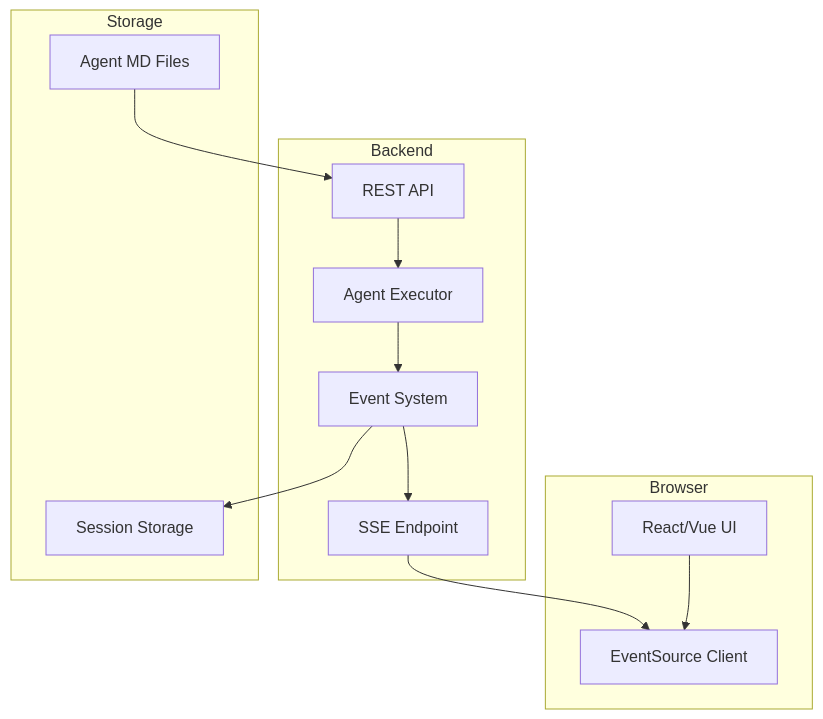
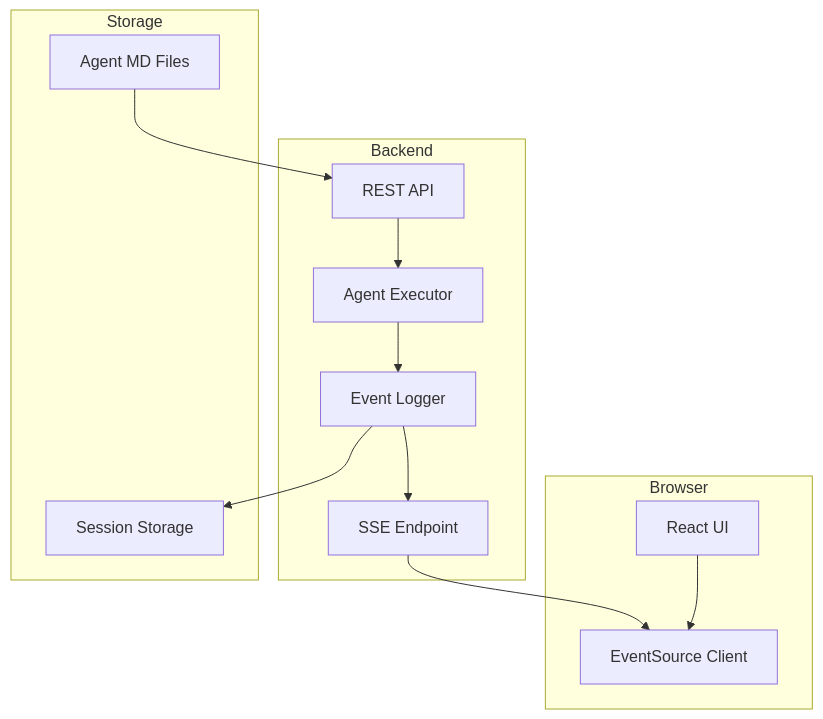
Before and after one commit to nielspeter/agent-orchestration-system: the diagram in docs/web-ui-event-architecture.md, drawn with Mermaid. The commit also changed other lines of this file and 6 other files, not shown here.

First line of the commit message:
docs: update event system and web UI documentation

````diff
--- a/docs/web-ui-event-architecture.md
+++ b/docs/web-ui-event-architecture.md
@@ -162,28 +13,28 @@
 ```mermaid
 graph TB
     subgraph Browser
-        UI[React/Vue UI]
+        UI[React UI]
         ES[EventSource Client]
         UI --> ES
     end
 
     subgraph Backend
         API[REST API]
         SSE[SSE Endpoint]
         EXE[Agent Executor]
-        EVT[Event System]
+        EVT[Event Logger]
 
         API --> EXE
         EXE --> EVT
         EVT --> SSE
         SSE --> ES
     end
 
     subgraph Storage
         MD[Agent MD Files]
         SESS[Session Storage]
 
         MD --> API
         EVT --> SESS
     end
 ```
````
